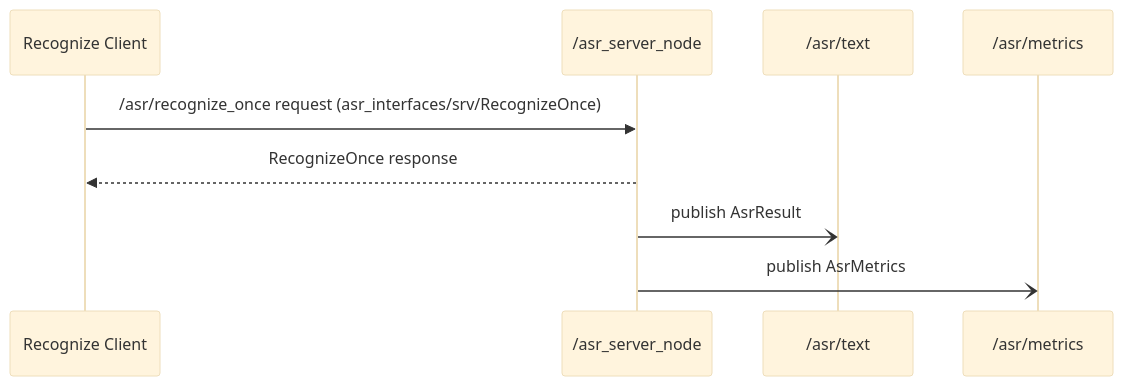
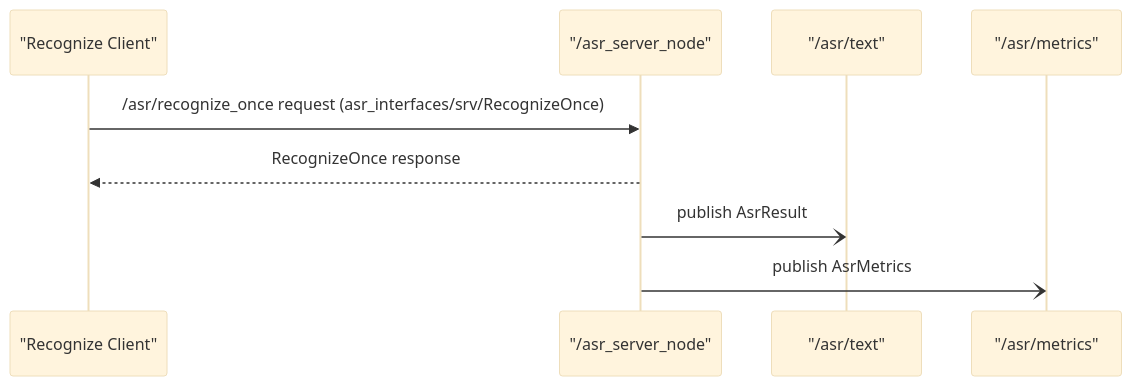
One commit to Fenixcrowlite/ros2_ASR changed the diagram in docs/arch/seq_recognize_once.mmd. Above: the diagram before and after it, drawn with Mermaid (base theme). The commit also changed 86 other files, not shown here.

```diff
--- a/docs/arch/seq_recognize_once.mmd
+++ b/docs/arch/seq_recognize_once.mmd
@@ -1,9 +1,9 @@
 sequenceDiagram
-  participant Client as Recognize Client
-  participant Server as /asr_server_node
-  participant TextTopic as /asr/text
-  participant MetricsTopic as /asr/metrics
+  participant Client as "Recognize Client"
+  participant Server as "/asr_server_node"
+  participant TextTopic as "/asr/text"
+  participant MetricsTopic as "/asr/metrics"
   Client->>Server: /asr/recognize_once request (asr_interfaces/srv/RecognizeOnce)
   Server-->>Client: RecognizeOnce response
   Server-)TextTopic: publish AsrResult
   Server-)MetricsTopic: publish AsrMetrics
```
